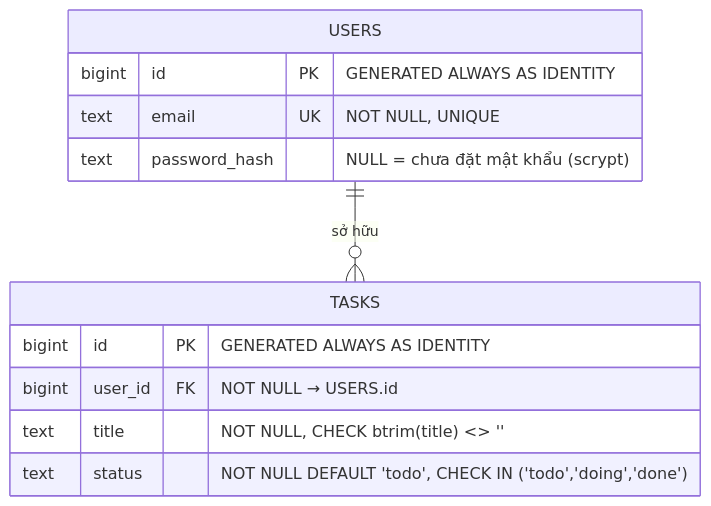
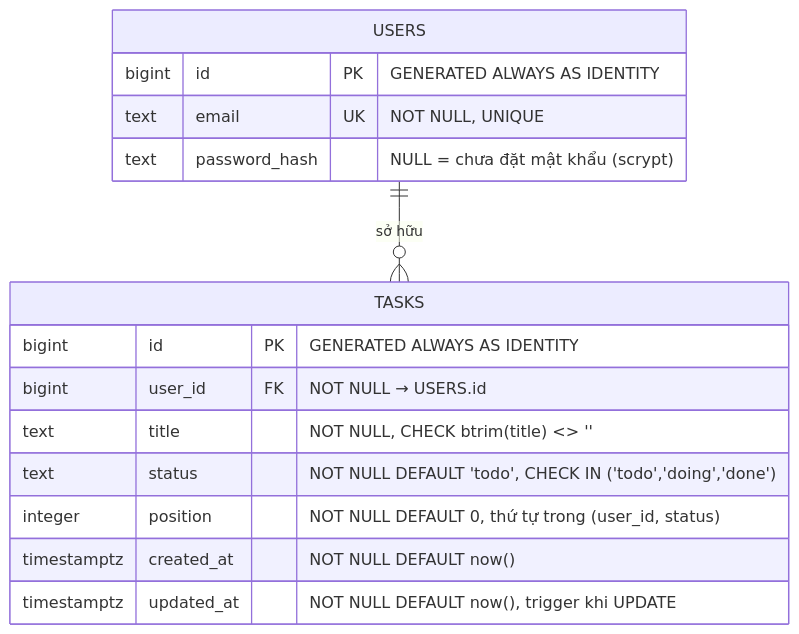
The diagram in docs/architecture.md (quanq026/cdb-kanban-lab), drawn with Mermaid before and after one commit. The commit also changed other lines of this file and 29 other files, not shown here.

First line of the commit message:
feat(schema): add task position and timestamps

````diff
--- a/docs/architecture.md
+++ b/docs/architecture.md
@@ -49,15 +49,18 @@
 ```mermaid
 erDiagram
     USERS {
         bigint id PK "GENERATED ALWAYS AS IDENTITY"
         text email UK "NOT NULL, UNIQUE"
         text password_hash "NULL = chưa đặt mật khẩu (scrypt)"
     }
     TASKS {
         bigint id PK "GENERATED ALWAYS AS IDENTITY"
         bigint user_id FK "NOT NULL → USERS.id"
         text title "NOT NULL, CHECK btrim(title) <> ''"
         text status "NOT NULL DEFAULT 'todo', CHECK IN ('todo','doing','done')"
+        integer position "NOT NULL DEFAULT 0, thứ tự trong (user_id, status)"
+        timestamptz created_at "NOT NULL DEFAULT now()"
+        timestamptz updated_at "NOT NULL DEFAULT now(), trigger khi UPDATE"
     }
     USERS ||--o{ TASKS : "sở hữu"
 ```
````
